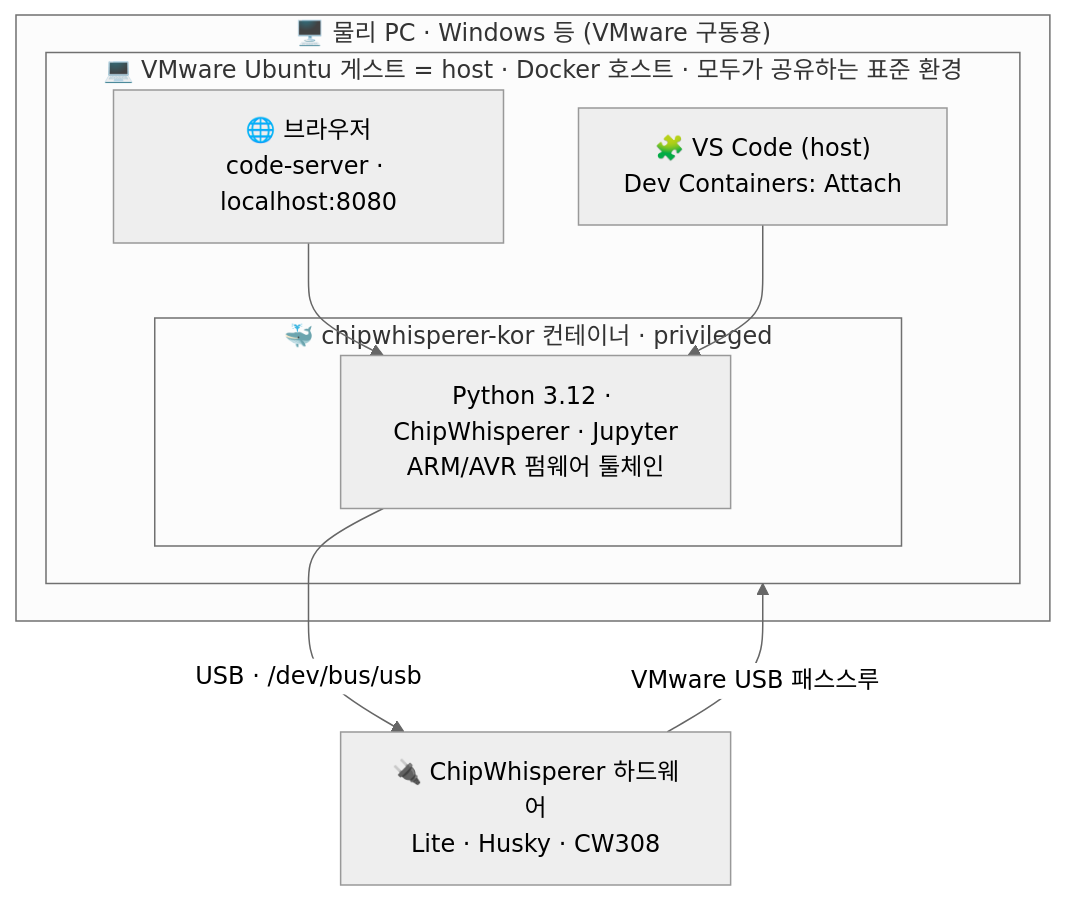
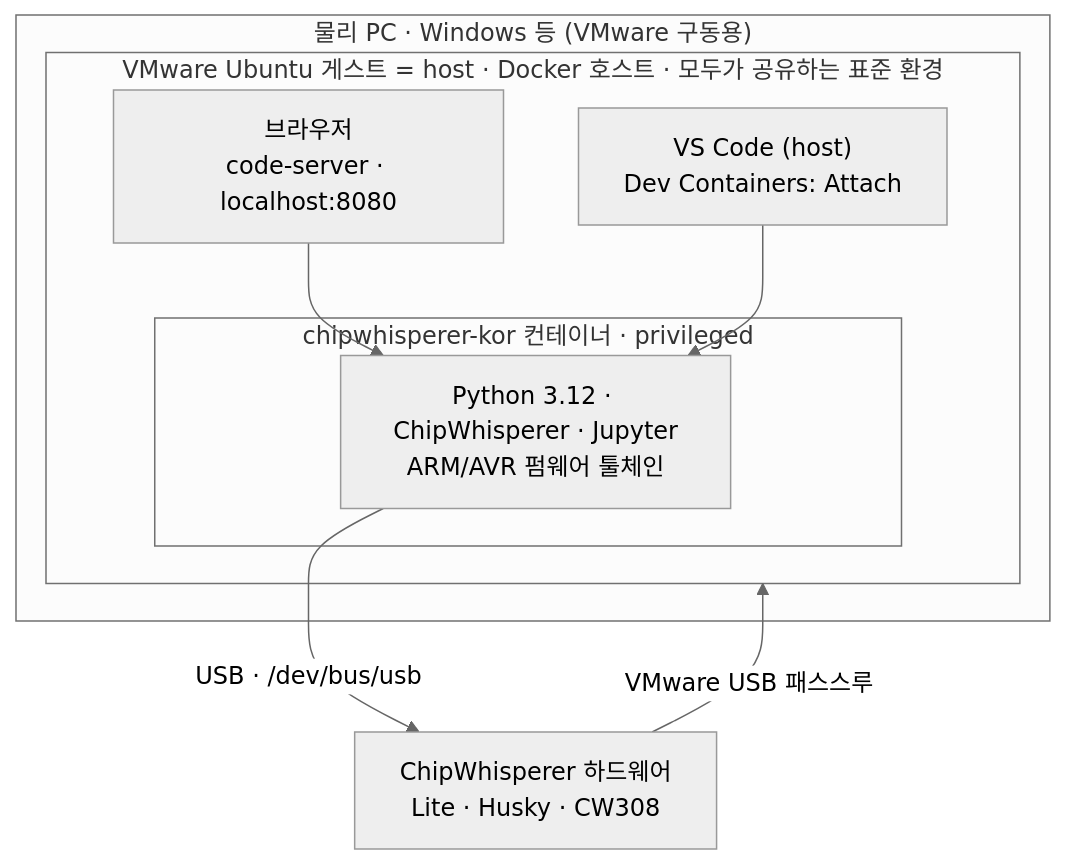
The first of 2 diagrams in README.md (chipwhisperer-kor/chipwhisperer-kor), drawn with Mermaid (neutral theme) before and after one commit. The commit also changed other lines of this file and 81 other files, not shown here.

````diff
--- a/README.md
+++ b/README.md
@@ -122,19 +122,19 @@
 ```mermaid
 flowchart TB
-    subgraph PC["🖥️ 물리 PC · Windows 등 (VMware 구동용)"]
-      subgraph GUEST["💻 VMware Ubuntu 게스트 = host · Docker 호스트 · 모두가 공유하는 표준 환경"]
-        B["🌐 브라우저<br/>code-server · localhost:8080"]
-        V["🧩 VS Code (host)<br/>Dev Containers: Attach"]
-        subgraph CONTAINER["🐳 chipwhisperer-kor 컨테이너 · privileged"]
+    subgraph PC["물리 PC · Windows 등 (VMware 구동용)"]
+      subgraph GUEST["VMware Ubuntu 게스트 = host · Docker 호스트 · 모두가 공유하는 표준 환경"]
+        B["브라우저<br/>code-server · localhost:8080"]
+        V["VS Code (host)<br/>Dev Containers: Attach"]
+        subgraph CONTAINER["chipwhisperer-kor 컨테이너 · privileged"]
           APP["Python 3.12 · ChipWhisperer · Jupyter<br/>ARM/AVR 펌웨어 툴체인"]
         end
       end
     end
 
-    HW["🔌 ChipWhisperer 하드웨어<br/>Lite · Husky · CW308"]
+    HW["ChipWhisperer 하드웨어<br/>Lite · Husky · CW308"]
 
     B --> APP
     V --> APP
     APP -->|USB · /dev/bus/usb| HW
     HW -->|VMware USB 패스스루| GUEST
 ```
````
